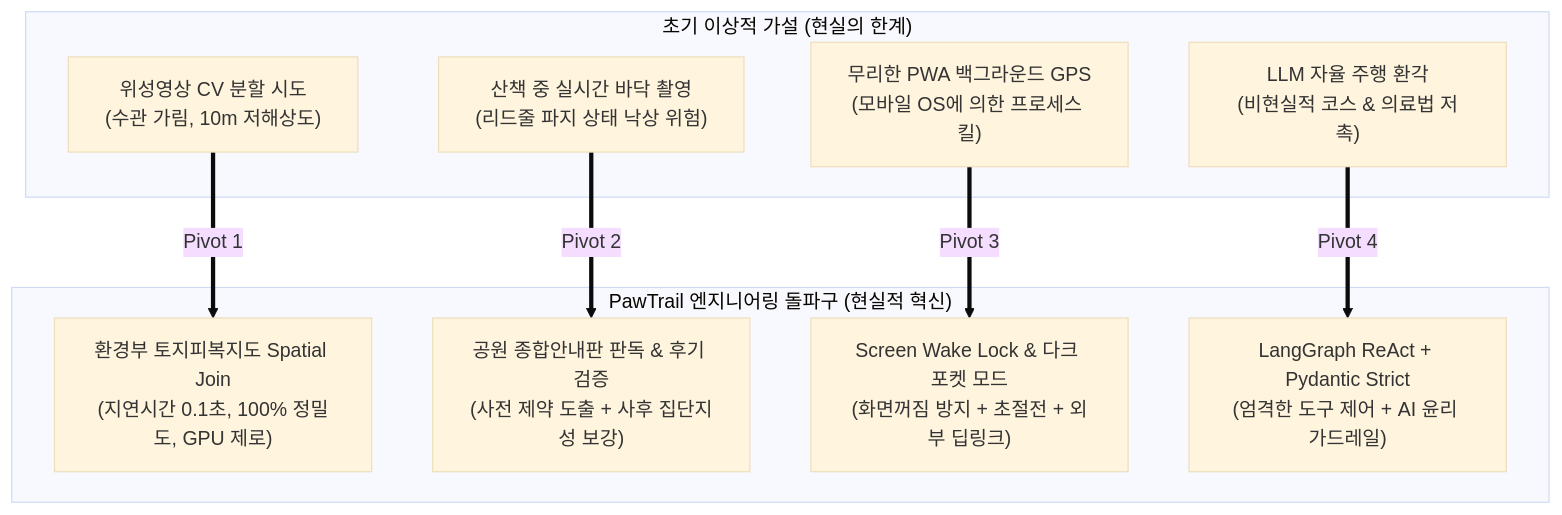
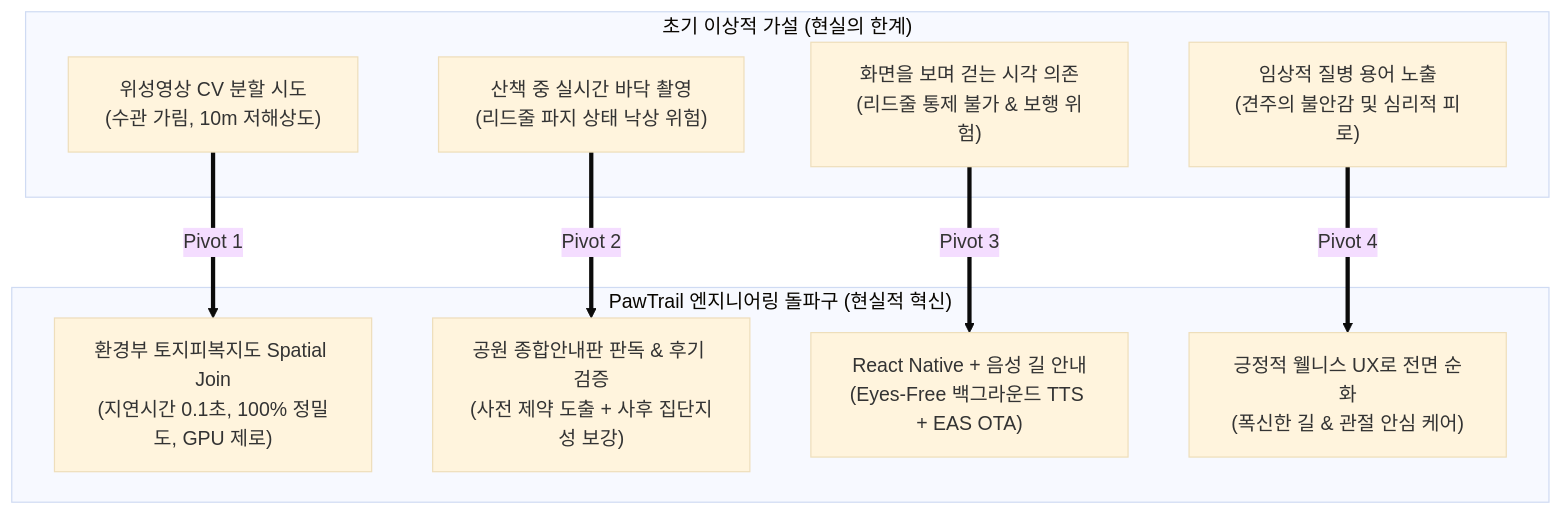
Before and after one commit to gigantess/PawTrail: the second of 2 diagrams in docs/07_PawTrail_Presentation_Pain_Points.md, drawn with Mermaid (base theme). The commit also changed other lines of this file and 27 other files, not shown here.

````diff
--- a/docs/07_PawTrail_Presentation_Pain_Points.md
+++ b/docs/07_PawTrail_Presentation_Pain_Points.md
@@ -100,21 +100,21 @@
 ```mermaid
 flowchart TD
     subgraph Problem ["초기 이상적 가설 (현실의 한계)"]
         P1["위성영상 CV 분할 시도<br/>(수관 가림, 10m 저해상도)"]
         P2["산책 중 실시간 바닥 촬영<br/>(리드줄 파지 상태 낙상 위험)"]
-        P3["무리한 PWA 백그라운드 GPS<br/>(모바일 OS에 의한 프로세스 킬)"]
-        P4["LLM 자율 주행 환각<br/>(비현실적 코스 & 의료법 저촉)"]
+        P3["화면을 보며 걷는 시각 의존<br/>(리드줄 통제 불가 & 보행 위험)"]
+        P4["임상적 질병 용어 노출<br/>(견주의 불안감 및 심리적 피로)"]
     end
 
     subgraph Solution ["PawTrail 엔지니어링 돌파구 (현실적 혁신)"]
         S1["환경부 토지피복지도 Spatial Join<br/>(지연시간 0.1초, 100% 정밀도, GPU 제로)"]
         S2["공원 종합안내판 판독 & 후기 검증<br/>(사전 제약 도출 + 사후 집단지성 보강)"]
-        S3["Screen Wake Lock & 다크 포켓 모드<br/>(화면꺼짐 방지 + 초절전 + 외부 딥링크)"]
-        S4["LangGraph ReAct + Pydantic Strict<br/>(엄격한 도구 제어 + AI 윤리 가드레일)"]
+        S3["React Native + 음성 길 안내<br/>(Eyes-Free 백그라운드 TTS + EAS OTA)"]
+        S4["긍정적 웰니스 UX로 전면 순화<br/>(폭신한 길 & 관절 안심 케어)"]
     end
 
     P1 ==>|Pivot 1| S1
     P2 ==>|Pivot 2| S2
     P3 ==>|Pivot 3| S3
     P4 ==>|Pivot 4| S4
 ```
````
